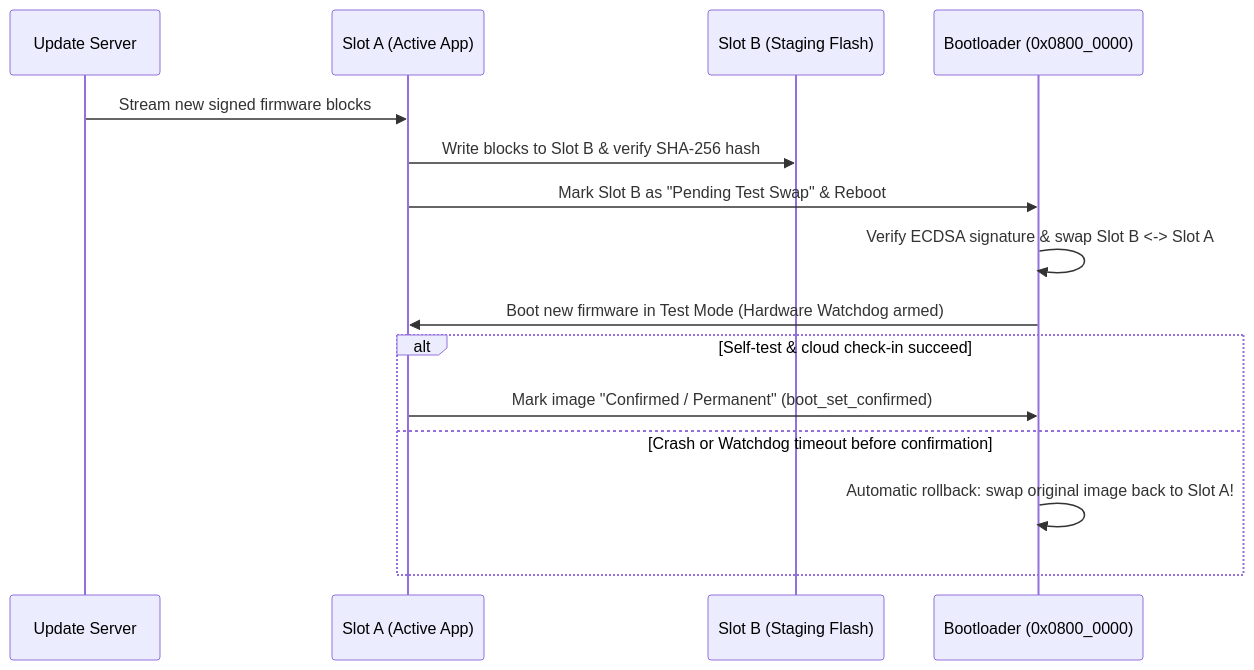
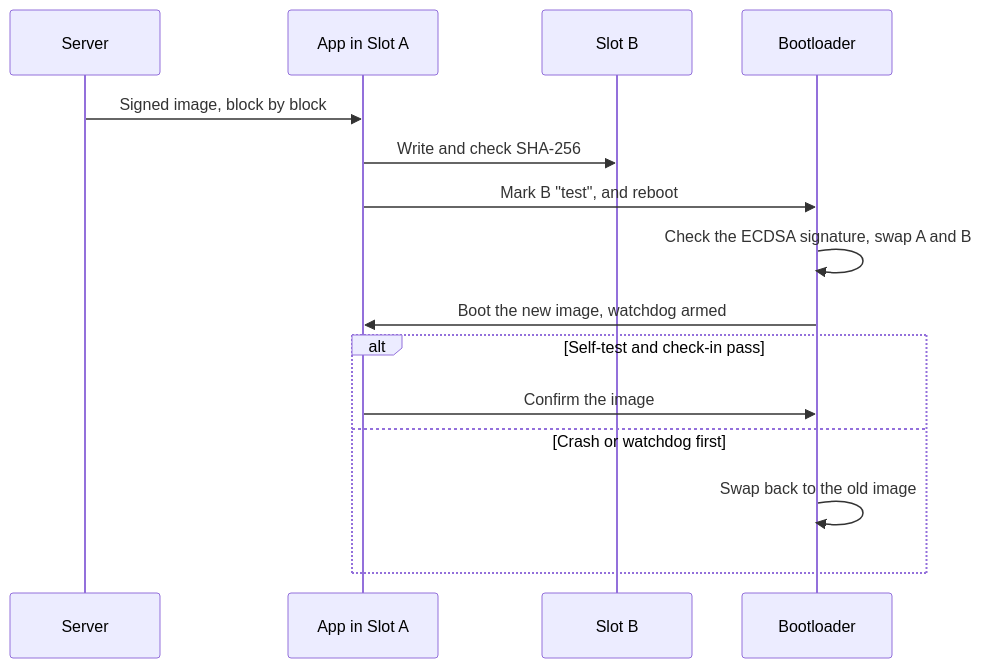
The diagram in posters/embedded/hardware/memory-bootloader.md (markbac/posters), drawn with Mermaid before and after one commit. The commit also changed other lines of this file and 57 other files, not shown here.

````diff
--- a/posters/embedded/hardware/memory-bootloader.md
+++ b/posters/embedded/hardware/memory-bootloader.md
@@ -86,17 +95,17 @@
 ```mermaid
 sequenceDiagram
-  participant S as Update Server
-  participant A as Slot A (Active App)
-  participant B as Slot B (Staging Flash)
-  participant BL as Bootloader (0x0800_0000)
-  S->>A: Stream new signed firmware blocks
-  A->>B: Write blocks to Slot B & verify SHA-256 hash
-  A->>BL: Mark Slot B as "Pending Test Swap" & Reboot
-  BL->>BL: Verify ECDSA signature & swap Slot B <-> Slot A
-  BL->>A: Boot new firmware in Test Mode (Hardware Watchdog armed)
-  alt Self-test & cloud check-in succeed
-    A->>BL: Mark image "Confirmed / Permanent" (boot_set_confirmed)
-  else Crash or Watchdog timeout before confirmation
-    BL->>BL: Automatic rollback: swap original image back to Slot A!
+  participant S as Server
+  participant A as App in Slot A
+  participant B as Slot B
+  participant BL as Bootloader
+  S->>A: Signed image, block by block
+  A->>B: Write and check SHA-256
+  A->>BL: Mark B "test", and reboot
+  BL->>BL: Check the ECDSA signature, swap A and B
+  BL->>A: Boot the new image, watchdog armed
+  alt Self-test and check-in pass
+    A->>BL: Confirm the image
+  else Crash or watchdog first
+    BL->>BL: Swap back to the old image
   end
 ```
````
